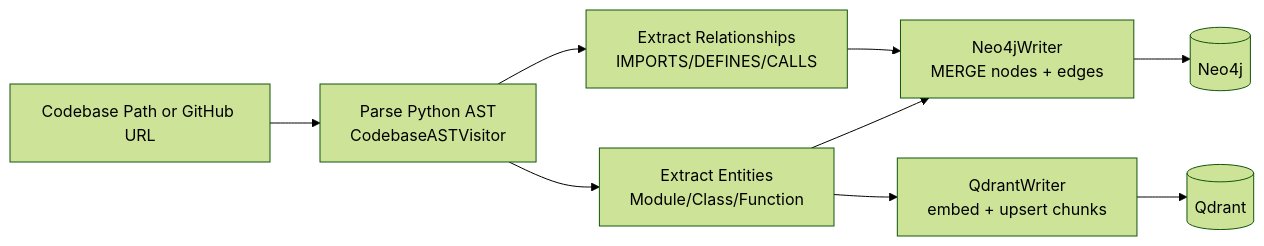
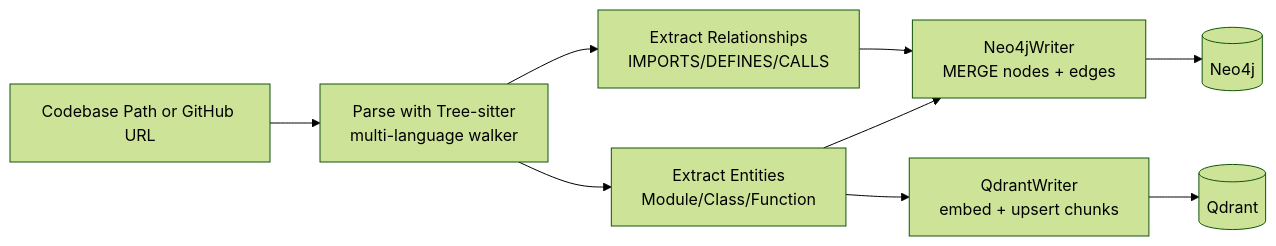
The second of 4 diagrams in AGENTIC_GRAPHRAG_COMPREHENSIVE_DOC.md (Akshay3119/codegraph-ai), drawn with Mermaid (forest theme) before and after one commit. The commit also changed other lines of this file and 13 other files, not shown here.

First line of the commit message:
Add Tree-sitter multi-language ingestion and self-hosted Neo4j deploy.

````diff
--- a/AGENTIC_GRAPHRAG_COMPREHENSIVE_DOC.md
+++ b/AGENTIC_GRAPHRAG_COMPREHENSIVE_DOC.md
@@ -149,17 +149,17 @@
 ```mermaid
 flowchart LR
     A[Codebase Path or GitHub URL]
-    B[Parse Python AST<br/>CodebaseASTVisitor]
+    B[Parse with Tree-sitter<br/>multi-language walker]
     C[Extract Entities<br/>Module/Class/Function]
     D[Extract Relationships<br/>IMPORTS/DEFINES/CALLS]
     E[Neo4jWriter<br/>MERGE nodes + edges]
     F[QdrantWriter<br/>embed + upsert chunks]
     G[(Neo4j)]
     H[(Qdrant)]
 
     A --> B --> C
     B --> D
     C --> E --> G
     D --> E
     C --> F --> H
 ```
````
